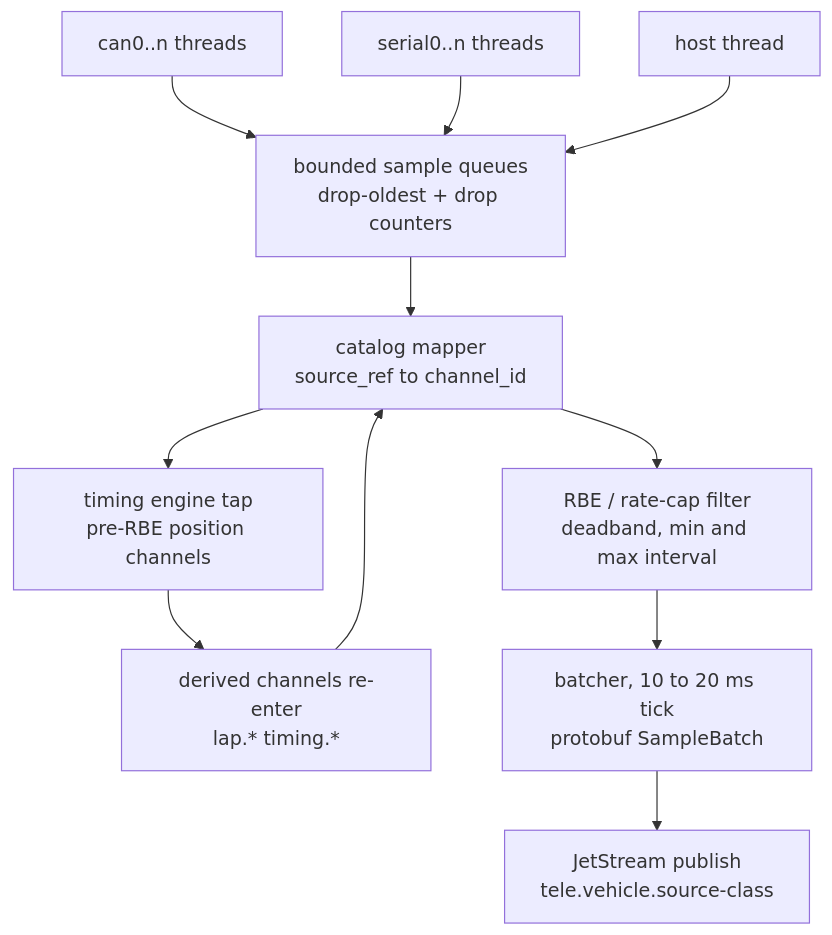
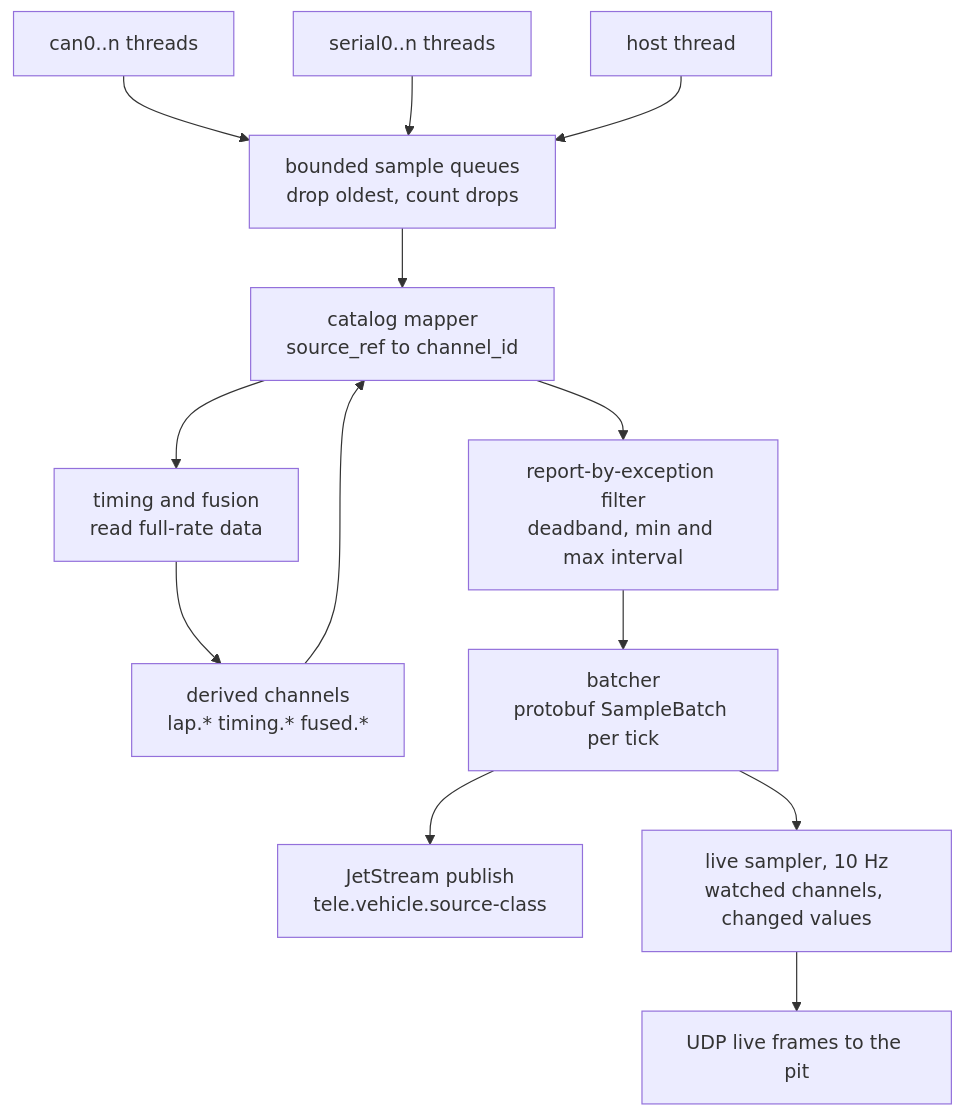
The second of 6 diagrams in docs/ARCHITECTURE.md (Robert-McMahon/openlaps), drawn with Mermaid before and after one commit. The commit also changed other lines of this file, not shown here.

First line of the commit message:
Bring the architecture page up to date

````diff
--- a/docs/ARCHITECTURE.md
+++ b/docs/ARCHITECTURE.md
@@ -75,13 +70,15 @@
 ```mermaid
 flowchart TB
-  C1[can0..n threads] --> Q[bounded sample queues<br/>drop-oldest + drop counters]
+  C1[can0..n threads] --> Q[bounded sample queues<br/>drop oldest, count drops]
   C2[serial0..n threads] --> Q
   C3[host thread] --> Q
   Q --> MAP[catalog mapper<br/>source_ref to channel_id]
-  MAP --> TAP[timing engine tap<br/>pre-RBE position channels]
-  TAP --> DERIVED[derived channels re-enter<br/>lap.* timing.*]
+  MAP --> TAP[timing and fusion<br/>read full-rate data]
+  TAP --> DERIVED[derived channels<br/>lap.* timing.* fused.*]
   DERIVED --> MAP
-  MAP --> RBE[RBE / rate-cap filter<br/>deadband, min and max interval]
-  RBE --> BATCH[batcher, 10 to 20 ms tick<br/>protobuf SampleBatch]
+  MAP --> RBE[report-by-exception filter<br/>deadband, min and max interval]
+  RBE --> BATCH[batcher<br/>protobuf SampleBatch per tick]
   BATCH --> JS[JetStream publish<br/>tele.vehicle.source-class]
+  BATCH --> LIVE[live sampler, 10 Hz<br/>watched channels, changed values]
+  LIVE --> UDP[UDP live frames to the pit]
 ```
````
